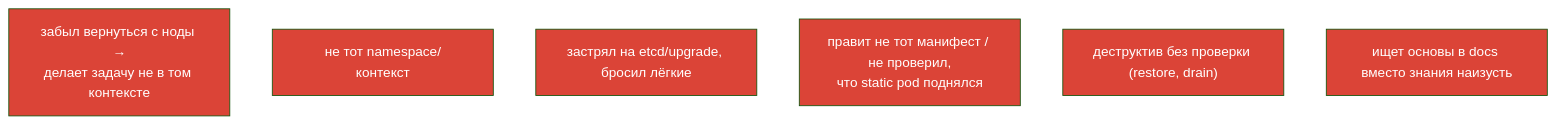
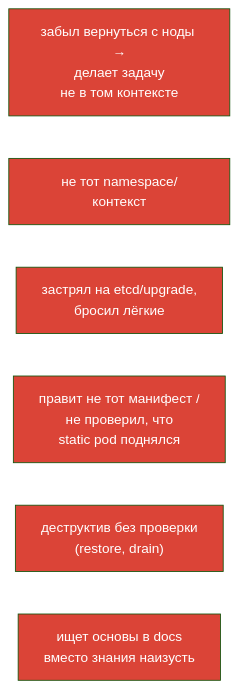
One commit to ViktorUJ/cks changed the seventh of 8 diagrams in tasks/cka/course/48/ru.md. Above: the diagram before and after it, drawn with Mermaid (forest theme). The commit also changed other lines of this file and 30 other files, not shown here.

````diff
--- a/tasks/cka/course/48/ru.md
+++ b/tasks/cka/course/48/ru.md
@@ -164,15 +161,16 @@
 ```mermaid
 flowchart TB
-    e1["забыл вернуться с ноды →<br>делает задачу не в том контексте"]
+    e1["забыл вернуться с ноды →<br>делает задачу<br>не в том контексте"]
     e2["не тот namespace/контекст"]
-    e3["застрял на etcd/upgrade, бросил лёгкие"]
-    e4["правит не тот манифест / не проверил,<br>что static pod поднялся"]
-    e5["деструктив без проверки (restore, drain)"]
-    e6["ищет основы в docs вместо знания наизусть"]
+    e3["застрял на etcd/upgrade,<br>бросил лёгкие"]
+    e4["правит не тот манифест /<br>не проверил, что<br>static pod поднялся"]
+    e5["деструктив без проверки<br>(restore, drain)"]
+    e6["ищет основы в docs<br>вместо знания наизусть"]
+    e1 ~~~ e2 ~~~ e3 ~~~ e4 ~~~ e5 ~~~ e6
     style e1 fill:#db4437,color:#fff
     style e2 fill:#db4437,color:#fff
     style e3 fill:#db4437,color:#fff
     style e4 fill:#db4437,color:#fff
     style e5 fill:#db4437,color:#fff
     style e6 fill:#db4437,color:#fff
 ```
````
